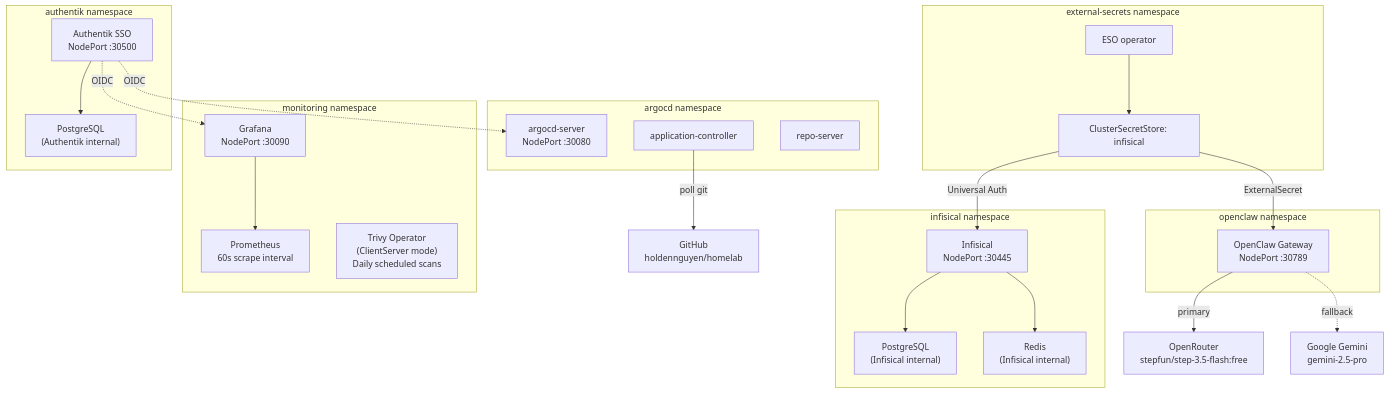
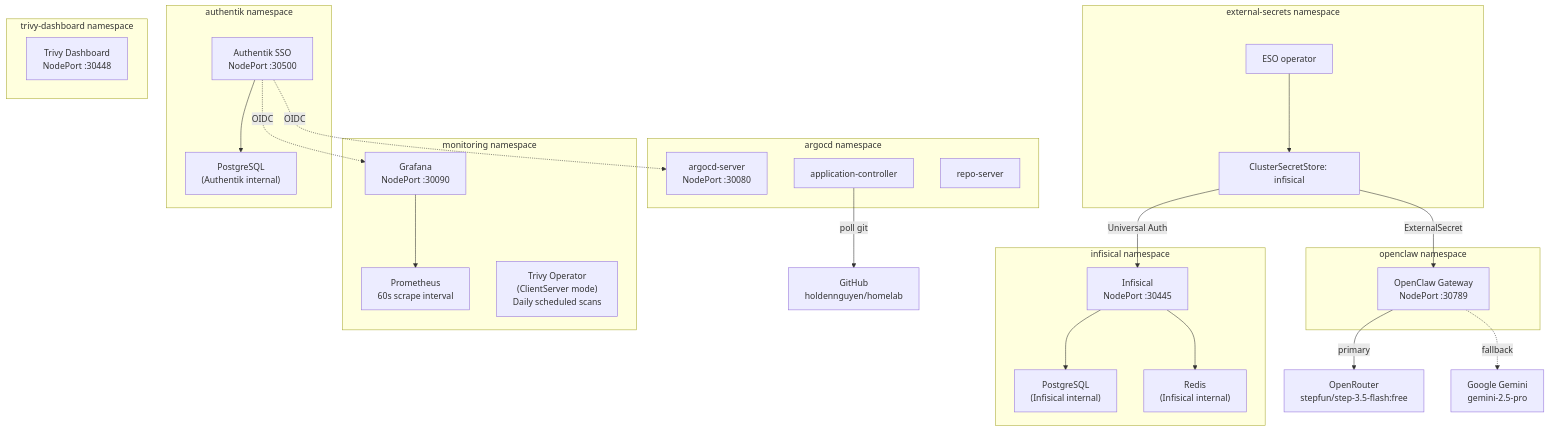
One commit to haingth77/homelab changed the fourth of 4 diagrams in docs/architecture.md. Above: the diagram before and after it, drawn with Mermaid. The commit also changed other lines of this file and 10 other files, not shown here.

````diff
--- a/docs/architecture.md
+++ b/docs/architecture.md
@@ -172,47 +173,51 @@
 ```mermaid
 flowchart TD
     subgraph infisicalNs["infisical namespace"]
         InfisicalPod["Infisical\nNodePort :30445"]
         InfisicalPG["PostgreSQL\n(Infisical internal)"]
         InfisicalRedis["Redis\n(Infisical internal)"]
         InfisicalPod --> InfisicalPG
         InfisicalPod --> InfisicalRedis
     end
 
     subgraph esoNs["external-secrets namespace"]
         ESOPod["ESO operator"]
         CSS["ClusterSecretStore: infisical"]
     end
 
     subgraph argocdNs["argocd namespace"]
         ArgoServer["argocd-server\nNodePort :30080"]
         ArgoController["application-controller"]
         ArgoRepo["repo-server"]
     end
 
     subgraph monNs["monitoring namespace"]
         GrafanaPod["Grafana\nNodePort :30090"]
         PromPod["Prometheus\n60s scrape interval"]
         TrivyPod["Trivy Operator\n(ClientServer mode)\nDaily scheduled scans"]
         GrafanaPod --> PromPod
     end
 
     subgraph authentikNs["authentik namespace"]
         AuthentikPod["Authentik SSO\nNodePort :30500"]
         AuthentikPG["PostgreSQL\n(Authentik internal)"]
         AuthentikPod --> AuthentikPG
     end
 
     subgraph openclawNs["openclaw namespace"]
         OpenClawPod["OpenClaw Gateway\nNodePort :30789"]
     end
 
+    subgraph trivyDashNs["trivy-dashboard namespace"]
+        TrivyDashPod["Trivy Dashboard\nNodePort :30448"]
+    end
+
     AuthentikPod -. "OIDC" .-> GrafanaPod
     AuthentikPod -. "OIDC" .-> ArgoServer
     ESOPod --> CSS
     CSS -- "Universal Auth" --> InfisicalPod
     CSS -- "ExternalSecret" --> OpenClawPod
     OpenClawPod -- "primary" --> OpenRouterAPI["OpenRouter\nstepfun/step-3.5-flash:free"]
     OpenClawPod -. "fallback" .-> GeminiAPI["Google Gemini\ngemini-2.5-pro"]
     ArgoController -- "poll git" --> GitHub["GitHub\nholdennguyen/homelab"]
 ```
````
